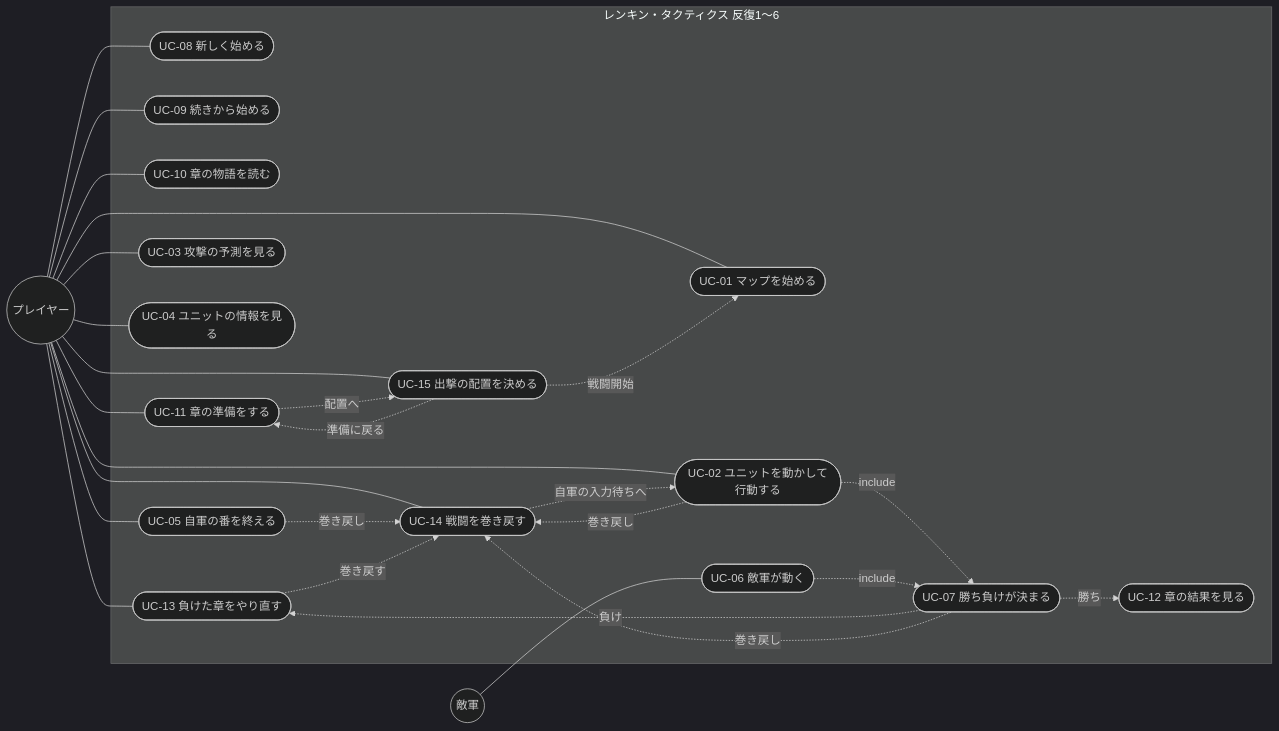
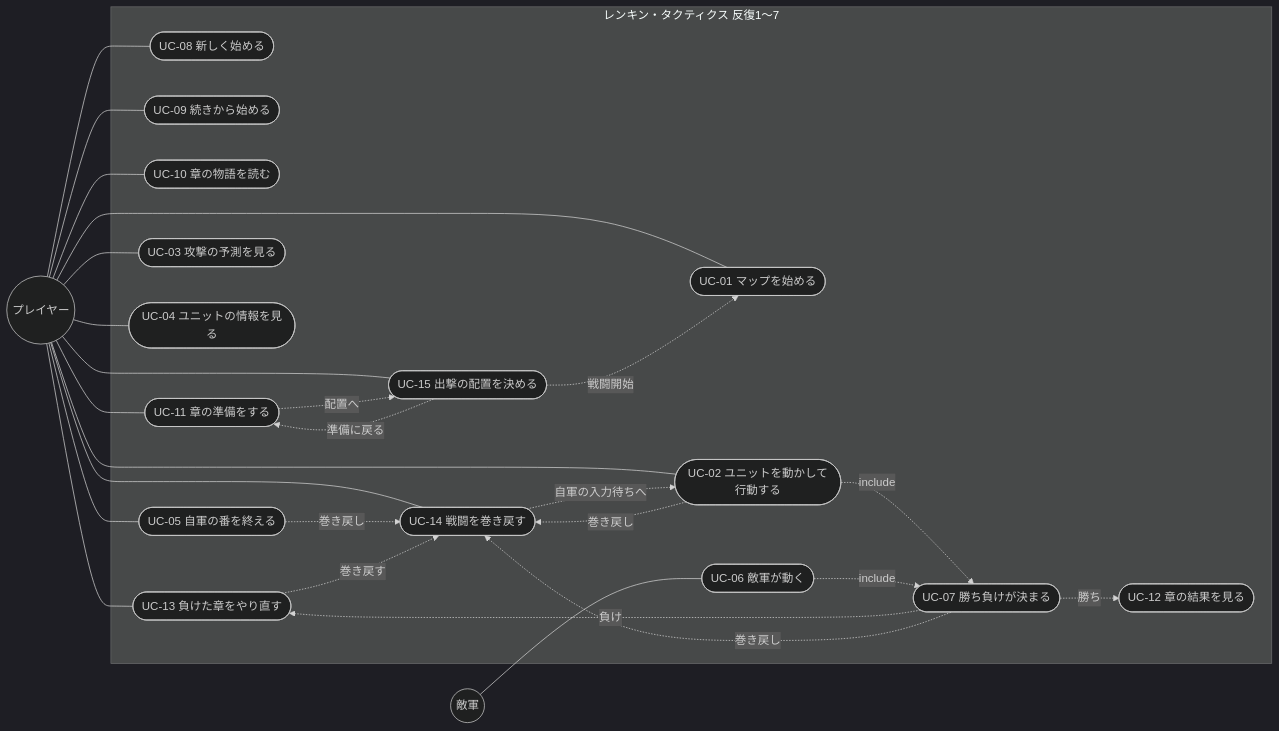
Before and after one commit to sakana396/renkin_tactics: the diagram in docs/02_requirements/use-cases.md, drawn with Mermaid (dark theme). The commit also changed other lines of this file and 7 other files, not shown here.

````diff
--- a/docs/02_requirements/use-cases.md
+++ b/docs/02_requirements/use-cases.md
@@ -17,47 +17,47 @@
 ```mermaid
 flowchart LR
   P((プレイヤー))
   E((敵軍))
-  subgraph RT[レンキン・タクティクス 反復1〜6]
+  subgraph RT[レンキン・タクティクス 反復1〜7]
     UC08([UC-08 新しく始める])
     UC09([UC-09 続きから始める])
     UC10([UC-10 章の物語を読む])
     UC11([UC-11 章の準備をする])
     UC01([UC-01 マップを始める])
     UC02([UC-02 ユニットを動かして行動する])
     UC03([UC-03 攻撃の予測を見る])
     UC04([UC-04 ユニットの情報を見る])
     UC05([UC-05 自軍の番を終える])
     UC06([UC-06 敵軍が動く])
     UC07([UC-07 勝ち負けが決まる])
     UC12([UC-12 章の結果を見る])
     UC13([UC-13 負けた章をやり直す])
     UC14([UC-14 戦闘を巻き戻す])
     UC15([UC-15 出撃の配置を決める])
   end
   P --- UC08
   P --- UC09
   P --- UC10
   P --- UC11
   P --- UC13
   P --- UC14
   P --- UC15
   P --- UC01
   P --- UC02
   P --- UC03
   P --- UC04
   P --- UC05
   E --- UC06
   UC02 -.include.-> UC07
   UC06 -.include.-> UC07
   UC07 -.勝ち.-> UC12
   UC07 -.負け.-> UC13
   UC11 -.配置へ.-> UC15
   UC15 -.戦闘開始.-> UC01
   UC15 -.準備に戻る.-> UC11
   UC02 -.巻き戻し.-> UC14
   UC05 -.巻き戻し.-> UC14
   UC07 -.巻き戻し.-> UC14
   UC13 -.巻き戻す.-> UC14
   UC14 -.自軍の入力待ちへ.-> UC02
 ```
````
